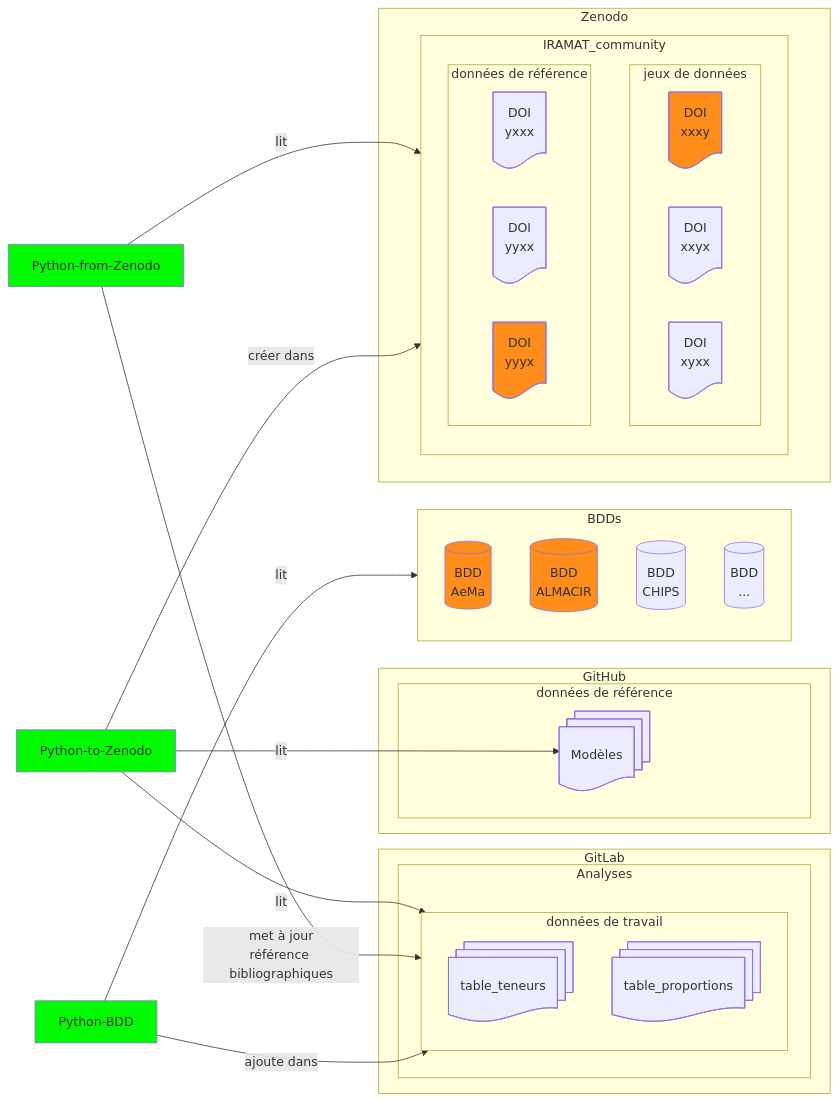
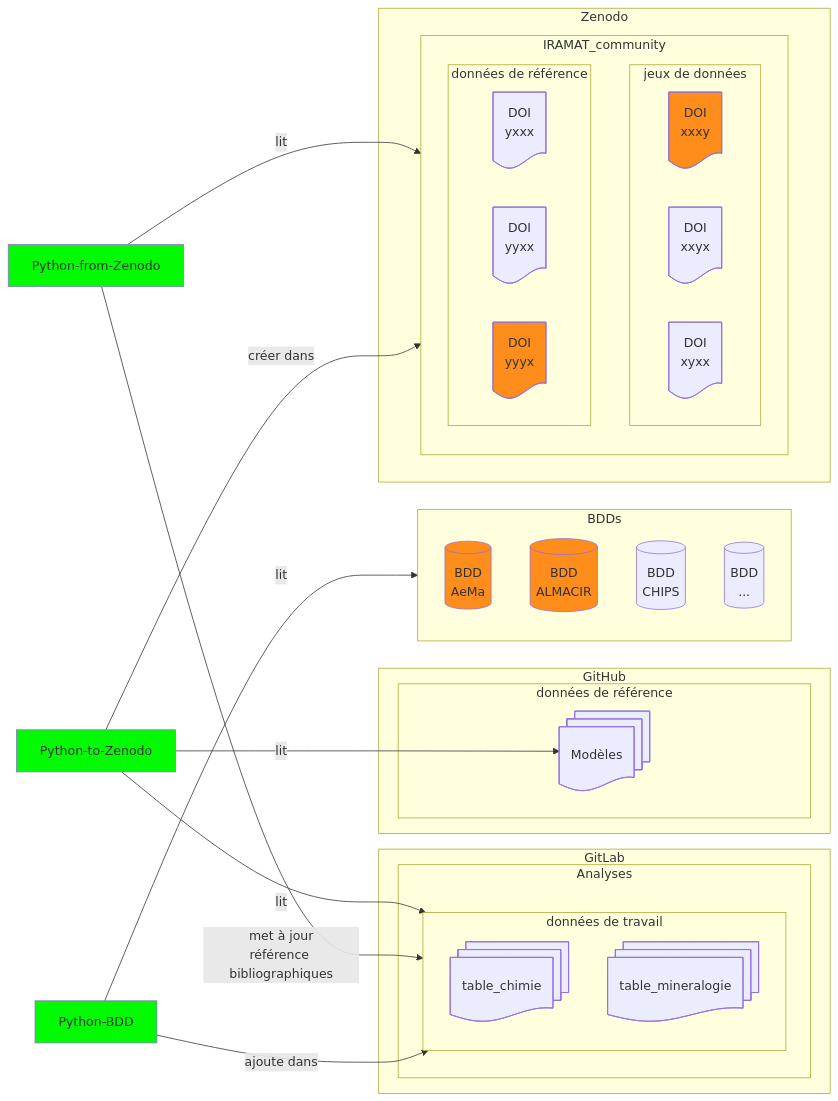
One commit to iramat/iramat-dev changed the first of 2 diagrams in dbs/README.md. Above: the diagram before and after it, drawn with Mermaid. The commit also changed other lines of this file, not shown here.

````diff
--- a/dbs/README.md
+++ b/dbs/README.md
@@ -6,61 +6,61 @@
 ```mermaid
 flowchart LR
     subgraph GitLab
         subgraph Analyses
             subgraph données_travail[données de travail]
-                T1@{ shape: docs, label: "table_teneurs" }
-                T2@{ shape: docs, label: "table_proportions" }
+                T1@{ shape: docs, label: "table_chimie" }
+                T2@{ shape: docs, label: "table_mineralogie" }
             end
         end
     end
     subgraph GitHub
         subgraph données_référence[données de référence]
             Mod@{ shape: docs, label: "Modèles" }
         end
     end
     PDB@{ procs: docs, label: "Python-BDD" }
     PtZ@{ procs: docs, label: "Python-to-Zenodo" }
     PfZ@{ procs: docs, label: "Python-from-Zenodo" }
     subgraph BDDs
         B[(BDD<br>AeMa)]
         H[(BDD<br>ALMACIR)]
         C[(BDD<br>CHIPS)]
         D[(BDD<br>...)]
     end
     subgraph Zenodo
         subgraph IRAMAT_community
             subgraph jeux_de_données[jeux de données]
                 E@{ shape: doc, label: "DOI<br>xxxy" }
                 F@{ shape: doc, label: "DOI<br>xxyx" }
                 G@{ shape: doc, label: "DOI<br>xyxx" }
             end
             subgraph données_de_référence[données de référence]
                 dataref1@{ shape: doc, label: "DOI<br>yxxx" }
                 dataref2@{ shape: doc, label: "DOI<br>yyxx" }
                 dataref3@{ shape: doc, label: "DOI<br>yyyx" }
             end
         end
     end
     PtZ -- lit --> Mod;
     PtZ -- lit --> données_travail;
     PfZ -- met à jour<br>référence bibliographiques--> données_travail
     PDB -- lit --> BDDs;
     PDB -- ajoute dans --> données_travail;
     PfZ -- lit --> IRAMAT_community
     PtZ -- créer dans --> IRAMAT_community 
 
 
-click T1 "https://github.com/zoometh/iramat-test/tree/main/dbs#table_teneurs"
+click T1 "https://github.com/zoometh/iramat-test/tree/main/dbs#table_chimie"
 click Mod "https://github.com/zoometh/iramat-test/tree/main/dbs#mod%C3%A8les"
 click données_de_référence "https://github.com/zoometh/iramat-test/tree/main/dbs#mod%C3%A8les"
 click PDB "https://github.com/zoometh/iramat-test/tree/main/dbs#python-bdd"
 click PfZ "https://github.com/zoometh/iramat-test/tree/main/dbs#python-from-zenodo"
 click PtZ "https://github.com/zoometh/iramat-test/tree/main/dbs#python-to-zenodo"
 style PDB fill:#02fa02
 style PtZ fill:#02fa02
 style PfZ fill:#02fa02
 style B fill:#FF8D1B
 style H fill:#FF8D1B
 style E fill:#FF8D1B
 style dataref3 fill:#FF8D1B
 ```
````
